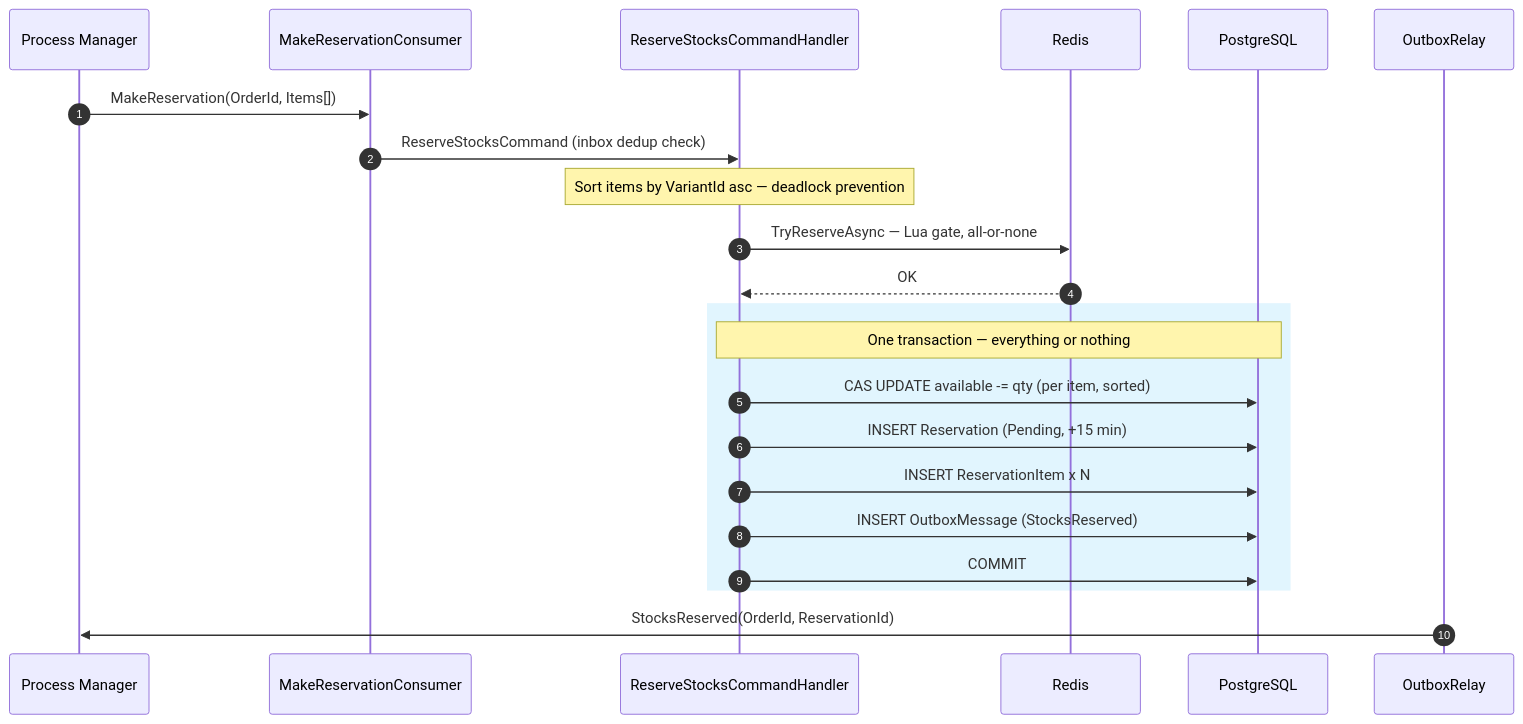
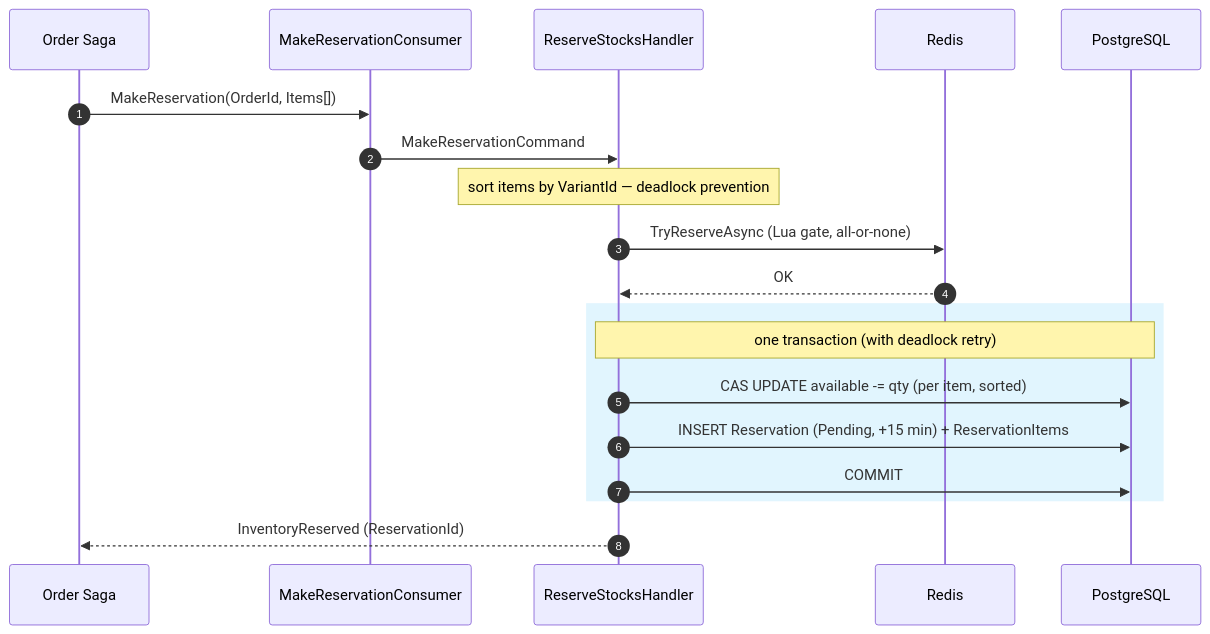
Before and after one commit to mnnam1302/EShop: diagram 12 of 13 in Inventory/src/EShop.Inventory.API/README.md, drawn with Mermaid. The commit also changed other lines of this file and 105 other files, not shown here.

First line of the commit message:
[EShop-2606] Introduce Finance service + Place-Order saga payment step (#71)

````diff
--- a/Inventory/src/EShop.Inventory.API/README.md
+++ b/Inventory/src/EShop.Inventory.API/README.md
@@ -149,27 +360,24 @@
 ```mermaid
 sequenceDiagram
     autonumber
-    participant PM   as Process Manager
-    participant MC   as MakeReservationConsumer
-    participant H    as ReserveStocksCommandHandler
-    participant RD   as Redis
-    participant PG   as PostgreSQL
-    participant OB   as OutboxRelay
+    participant PM as Order Saga
+    participant MC as MakeReservationConsumer
+    participant H  as ReserveStocksHandler
+    participant RD as Redis
+    participant PG as PostgreSQL
 
     PM->>MC: MakeReservation(OrderId, Items[])
-    MC->>H: ReserveStocksCommand (inbox dedup check)
-    Note over H: Sort items by VariantId asc — deadlock prevention
-    H->>RD: TryReserveAsync — Lua gate, all-or-none
+    MC->>H: MakeReservationCommand
+    Note over H: sort items by VariantId — deadlock prevention
+    H->>RD: TryReserveAsync (Lua gate, all-or-none)
     RD-->>H: OK
 
     rect rgb(225,245,254)
-        Note over H,PG: One transaction — everything or nothing
+        Note over H,PG: one transaction (with deadlock retry)
         H->>PG: CAS UPDATE available -= qty (per item, sorted)
-        H->>PG: INSERT Reservation (Pending, +15 min)
-        H->>PG: INSERT ReservationItem x N
-        H->>PG: INSERT OutboxMessage (StocksReserved)
+        H->>PG: INSERT Reservation (Pending, +15 min) + ReservationItems
         H->>PG: COMMIT
     end
 
-    OB->>PM: StocksReserved(OrderId, ReservationId)
+    H-->>PM: InventoryReserved (ReservationId)
 ```
````
